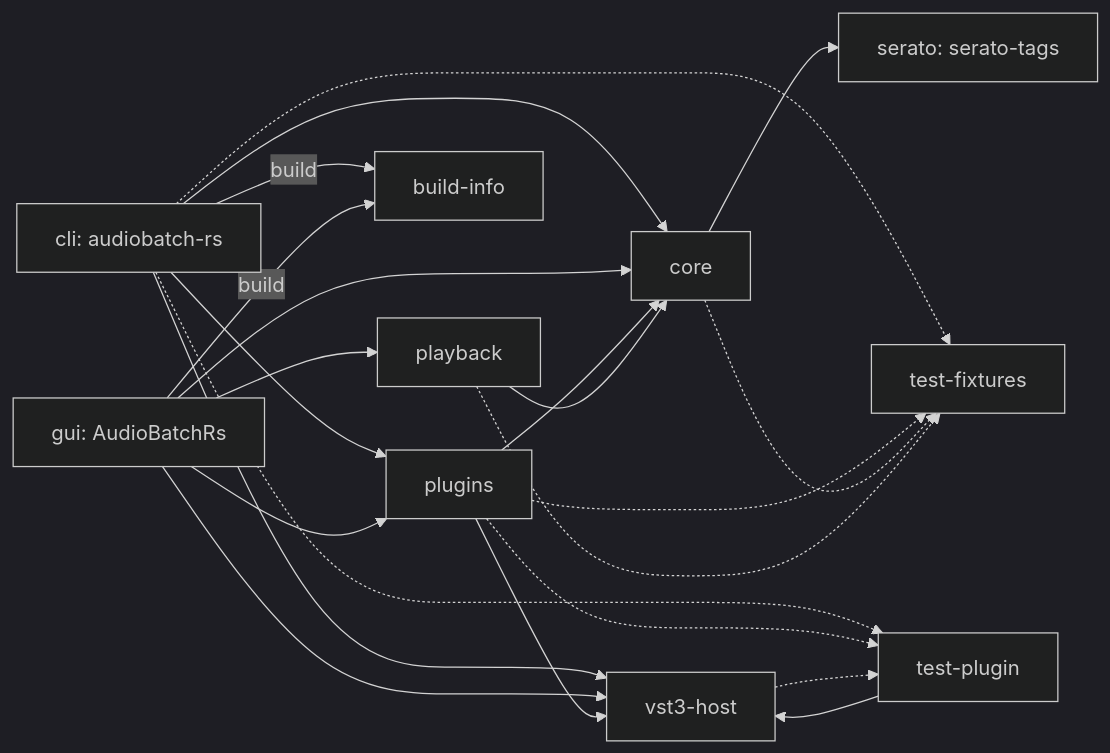
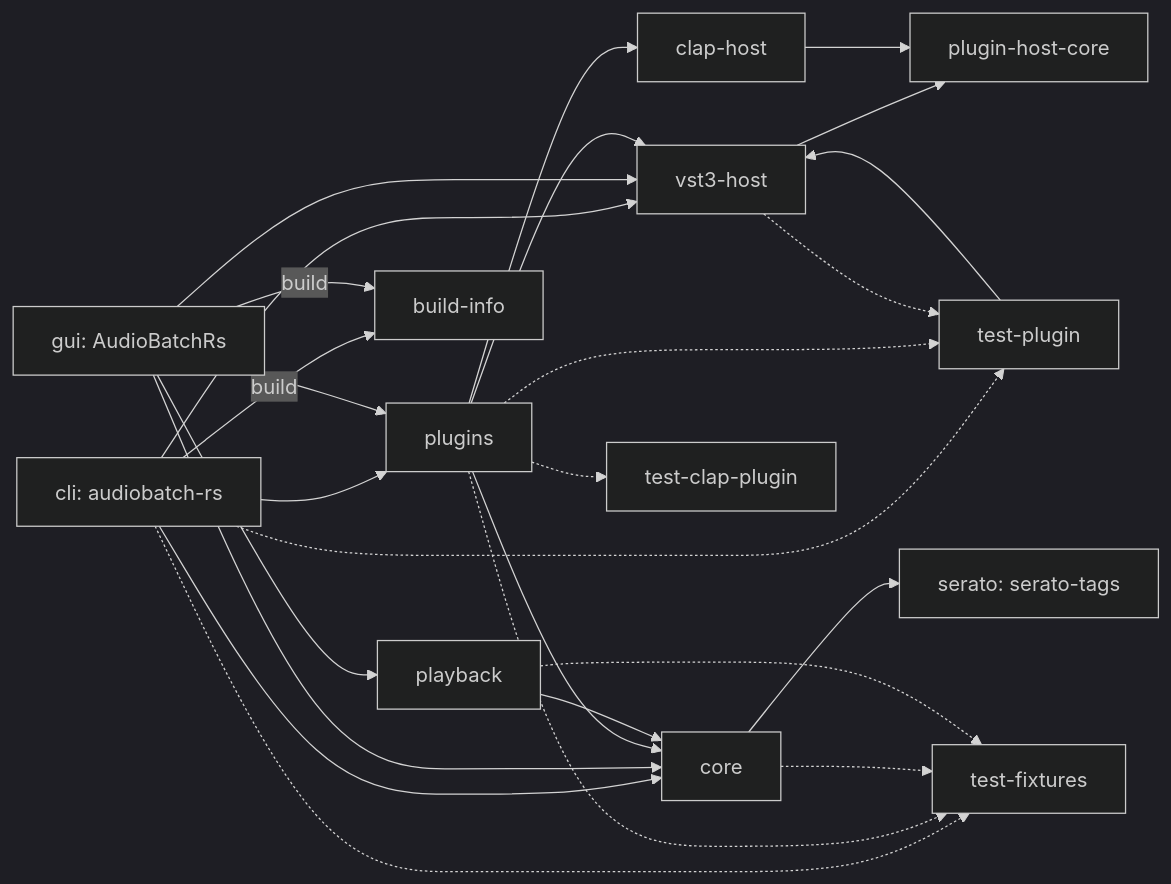
The first of 5 diagrams in rust/ARCHITECTURE.md (Esgrove/AudioBatch), drawn with Mermaid (dark theme) before and after one commit. The commit also changed other lines of this file and 4 other files, not shown here.

````diff
--- a/rust/ARCHITECTURE.md
+++ b/rust/ARCHITECTURE.md
@@ -14,28 +14,32 @@
 ```mermaid
 flowchart LR
     cli["cli: audiobatch-rs"]
     gui["gui: AudioBatchRs"]
     plugins["plugins"]
     playback["playback"]
+    hostcore["plugin-host-core"]
     vst3host["vst3-host"]
+    claphost["clap-host"]
     core["core"]
     serato["serato: serato-tags"]
     testplugin["test-plugin"]
+    testclap["test-clap-plugin"]
     fixtures["test-fixtures"]
     buildinfo["build-info"]
 
     cli --> core & plugins & vst3host
     cli -->|build| buildinfo
     gui -->|build| buildinfo
     gui --> core & playback & plugins & vst3host
-    plugins --> core & vst3host
+    plugins --> core & vst3host & claphost
+    vst3host & claphost --> hostcore
     testplugin --> vst3host
     playback --> core
     core --> serato
 
     cli -.-> testplugin & fixtures
-    plugins -.-> testplugin & fixtures
+    plugins -.-> testplugin & testclap & fixtures
     vst3host -.-> testplugin
     core -.-> fixtures
     playback -.-> fixtures
 ```
````
